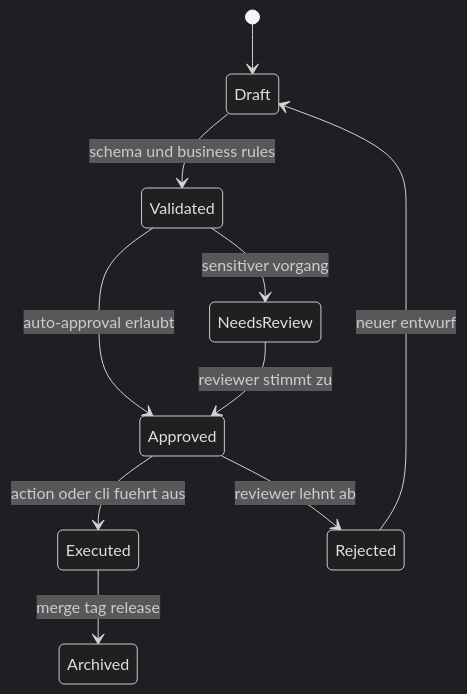
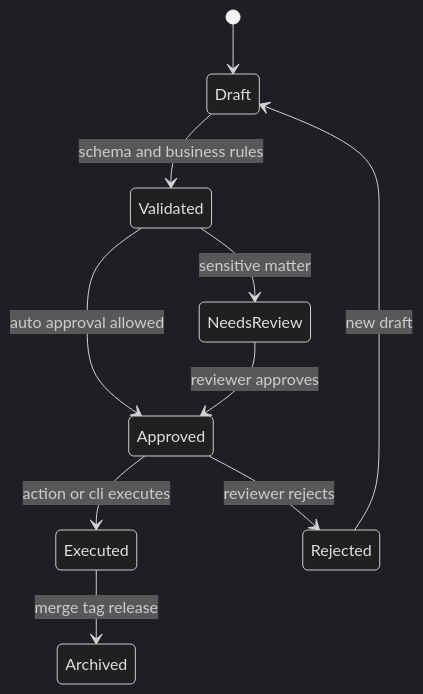
Before and after one commit to notariat8/NaC: the third of 4 diagrams in docs/en/architecture.md, drawn with Mermaid (dark theme). The commit also changed other lines of this file and 67 other files, not shown here.

````diff
--- a/docs/en/architecture.md
+++ b/docs/en/architecture.md
@@ -49,12 +53,12 @@
 ```mermaid
 stateDiagram-v2
     [*] --> Draft
-    Draft --> Validated: schema und business rules
-    Validated --> NeedsReview: sensitiver vorgang
-    Validated --> Approved: auto-approval erlaubt
-    NeedsReview --> Approved: reviewer stimmt zu
-    Approved --> Executed: action oder cli fuehrt aus
+    Draft --> Validated: schema and business rules
+    Validated --> NeedsReview: sensitive matter
+    Validated --> Approved: auto approval allowed
+    NeedsReview --> Approved: reviewer approves
+    Approved --> Executed: action or cli executes
     Executed --> Archived: merge tag release
-    Approved --> Rejected: reviewer lehnt ab
-    Rejected --> Draft: neuer entwurf
+    Approved --> Rejected: reviewer rejects
+    Rejected --> Draft: new draft
 ```
````
